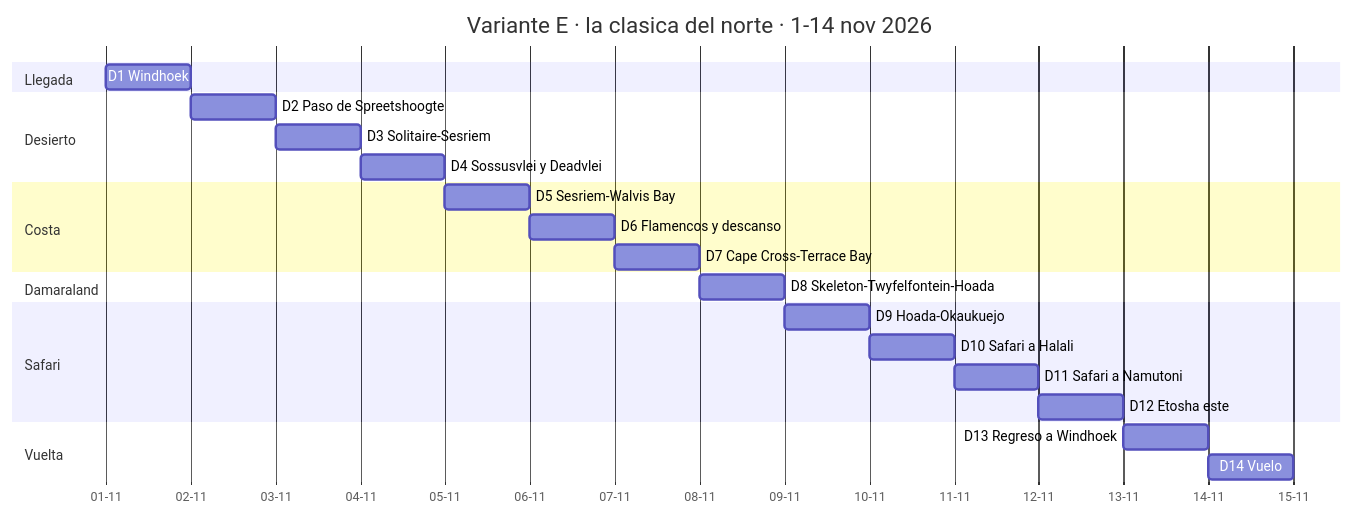
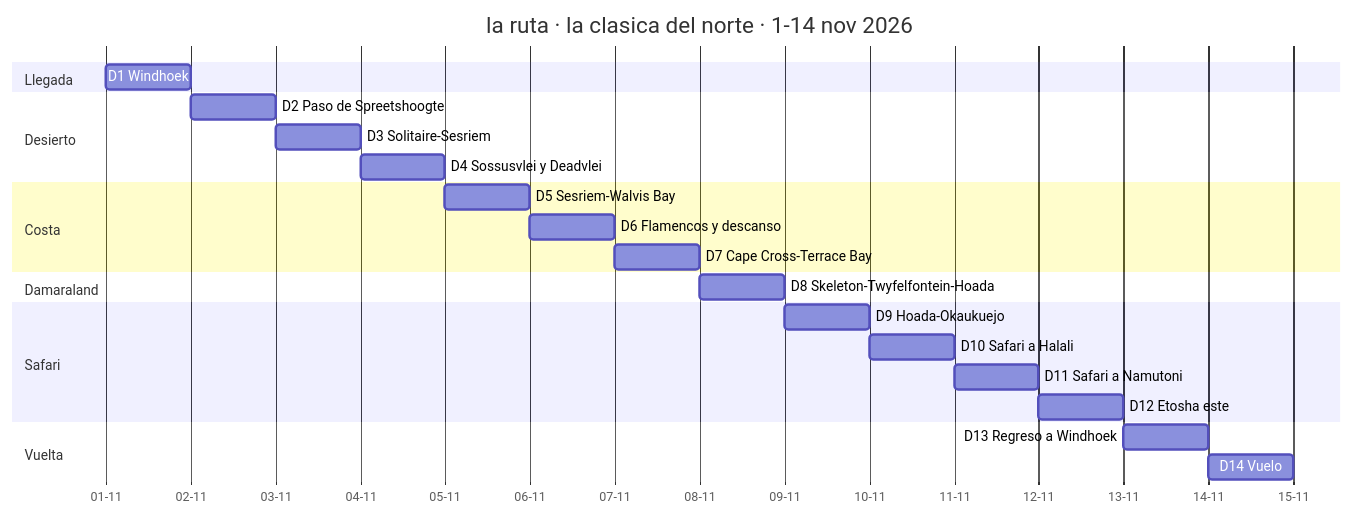
The diagram in 01-itinerarios-dia-a-dia.md (morandeirachema/namibia), drawn with Mermaid before and after one commit. The commit also changed other lines of this file and 15 other files, not shown here.

Commit message:
Dejar en el dossier solo la ruta elegida: fuera las variantes descartadas, el sur y el canon del Fish River

````diff
--- a/01-itinerarios-dia-a-dia.md
+++ b/01-itinerarios-dia-a-dia.md
@@ -110,26 +53,26 @@
 ```mermaid
 gantt
-    title Variante E · la clasica del norte · 1-14 nov 2026
+    title la ruta · la clasica del norte · 1-14 nov 2026
     dateFormat YYYY-MM-DD
     axisFormat %d-%m
     section Llegada
     D1 Windhoek                    :e1, 2026-11-01, 1d
     section Desierto
     D2 Paso de Spreetshoogte       :e2, after e1, 1d
     D3 Solitaire-Sesriem           :e3, after e2, 1d
     D4 Sossusvlei y Deadvlei       :e4, after e3, 1d
     section Costa
     D5 Sesriem-Walvis Bay          :e5, after e4, 1d
     D6 Flamencos y descanso        :e6, after e5, 1d
     D7 Cape Cross-Terrace Bay      :e7, after e6, 1d
     section Damaraland
     D8 Skeleton-Twyfelfontein-Hoada :e8, after e7, 1d
     section Safari
     D9 Hoada-Okaukuejo             :e9, after e8, 1d
     D10 Safari a Halali            :e10, after e9, 1d
     D11 Safari a Namutoni          :e11, after e10, 1d
     D12 Etosha este                :e12, after e11, 1d
     section Vuelta
     D13 Regreso a Windhoek         :e13, after e12, 1d
     D14 Vuelo                      :e14, after e13, 1d
 ```
````
